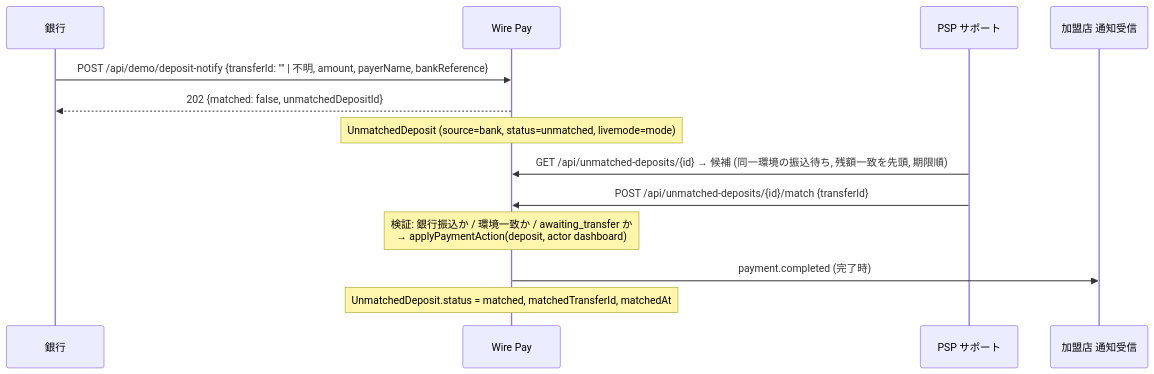
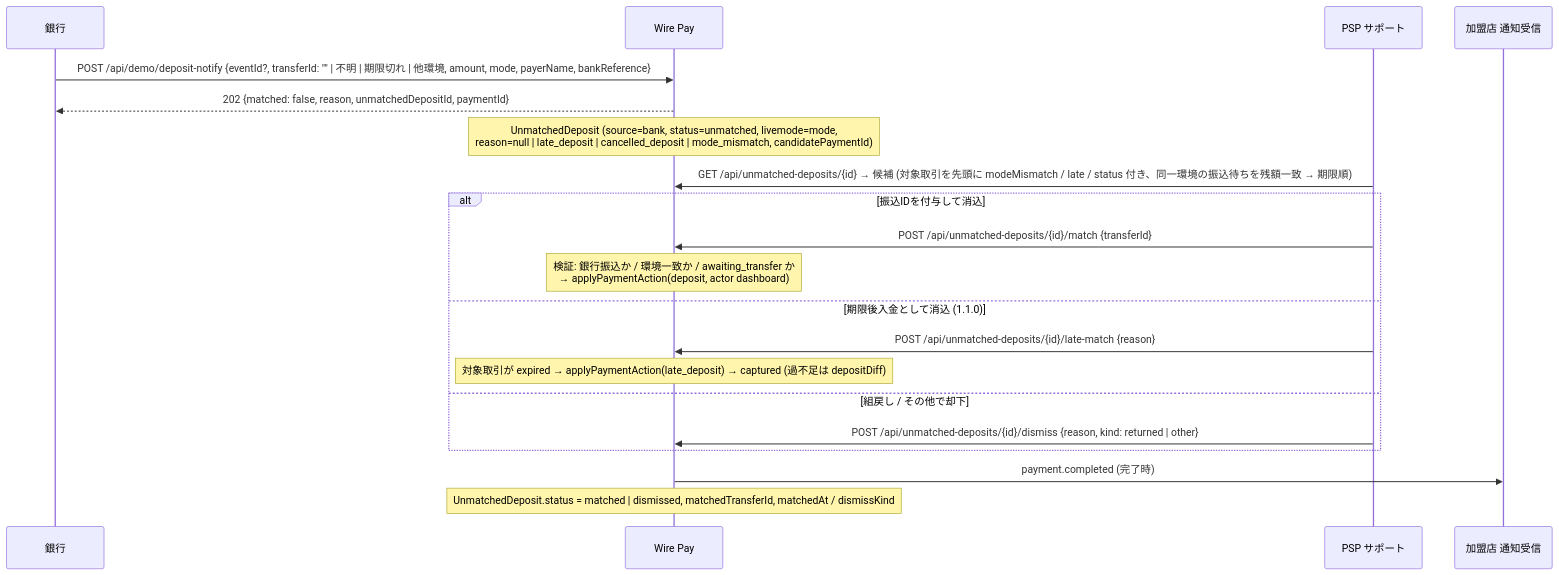
One commit to Atsushi-Odajima/Payment-management changed the sixth of 13 diagrams in docs/spec/ja/B-provider-connection-spec.md. Above: the diagram before and after it, drawn with Mermaid. The commit also changed other lines of this file and 26 other files, not shown here.

````diff
--- a/docs/spec/ja/B-provider-connection-spec.md
+++ b/docs/spec/ja/B-provider-connection-spec.md
@@ -483,16 +514,23 @@
 ```mermaid
 sequenceDiagram
   participant B as 銀行
   participant W as Wire Pay
   participant P as PSP サポート
   participant R as 加盟店 通知受信
 
-  B->>W: POST /api/demo/deposit-notify {transferId: "" | 不明, amount, payerName, bankReference}
-  W-->>B: 202 {matched: false, unmatchedDepositId}
-  Note over W: UnmatchedDeposit (source=bank, status=unmatched, livemode=mode)
-  P->>W: GET /api/unmatched-deposits/{id} → 候補 (同一環境の振込待ち, 残額一致を先頭, 期限順)
-  P->>W: POST /api/unmatched-deposits/{id}/match {transferId}
-  Note over W: 検証: 銀行振込か / 環境一致か / awaiting_transfer か<br/>→ applyPaymentAction(deposit, actor dashboard)
+  B->>W: POST /api/demo/deposit-notify {eventId?, transferId: "" | 不明 | 期限切れ | 他環境, amount, mode, payerName, bankReference}
+  W-->>B: 202 {matched: false, reason, unmatchedDepositId, paymentId}
+  Note over W: UnmatchedDeposit (source=bank, status=unmatched, livemode=mode,<br/>reason=null | late_deposit | cancelled_deposit | mode_mismatch, candidatePaymentId)
+  P->>W: GET /api/unmatched-deposits/{id} → 候補 (対象取引を先頭に modeMismatch / late / status 付き、同一環境の振込待ちを残額一致 → 期限順)
+  alt 振込IDを付与して消込
+    P->>W: POST /api/unmatched-deposits/{id}/match {transferId}
+    Note over W: 検証: 銀行振込か / 環境一致か / awaiting_transfer か<br/>→ applyPaymentAction(deposit, actor dashboard)
+  else 期限後入金として消込 (1.1.0)
+    P->>W: POST /api/unmatched-deposits/{id}/late-match {reason}
+    Note over W: 対象取引が expired → applyPaymentAction(late_deposit) → captured (過不足は depositDiff)
+  else 組戻し / その他で却下
+    P->>W: POST /api/unmatched-deposits/{id}/dismiss {reason, kind: returned | other}
+  end
   W->>R: payment.completed (完了時)
-  Note over W: UnmatchedDeposit.status = matched, matchedTransferId, matchedAt
+  Note over W: UnmatchedDeposit.status = matched | dismissed, matchedTransferId, matchedAt / dismissKind
 ```
````
